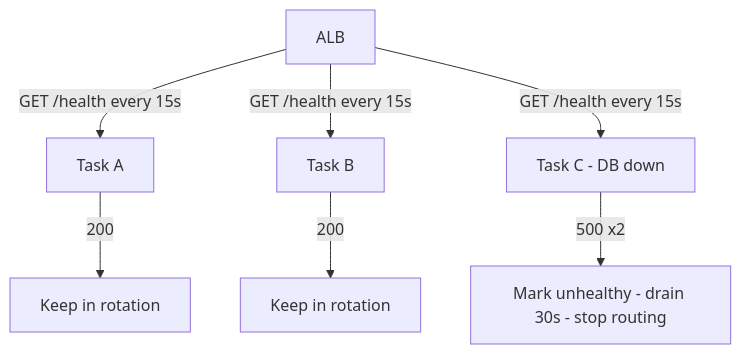
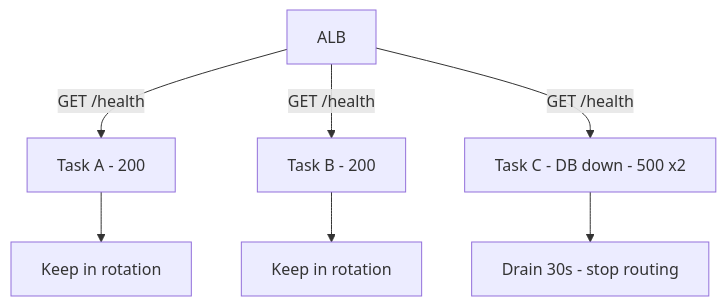
One commit to AnkitTiwari643/infrastructure-thinking changed the second of 3 diagrams in docs/01-load-balancers.md. Above: the diagram before and after it, drawn with Mermaid. The commit also changed other lines of this file and 5 other files, not shown here.

Commit message:
feat: basics-to-architect rewrite (01-04) + database backup strategy guide

````diff
--- a/docs/01-load-balancers.md
+++ b/docs/01-load-balancers.md
@@ -36,9 +38,9 @@
 ```mermaid
 flowchart TD
-    ALB[ALB] -->|GET /health every 15s| A[Task A]
-    ALB -->|GET /health every 15s| B[Task B]
-    ALB -->|GET /health every 15s| C[Task C - DB down]
-    A -->|200| OK1[Keep in rotation]
-    B -->|200| OK2[Keep in rotation]
-    C -->|500 x2| OUT[Mark unhealthy - drain 30s - stop routing]
+    ALB[ALB] -->|GET /health| A[Task A - 200]
+    ALB -->|GET /health| B[Task B - 200]
+    ALB -->|GET /health| C[Task C - DB down - 500 x2]
+    A --> OK1[Keep in rotation]
+    B --> OK2[Keep in rotation]
+    C --> OUT[Drain 30s - stop routing]
 ```
````
